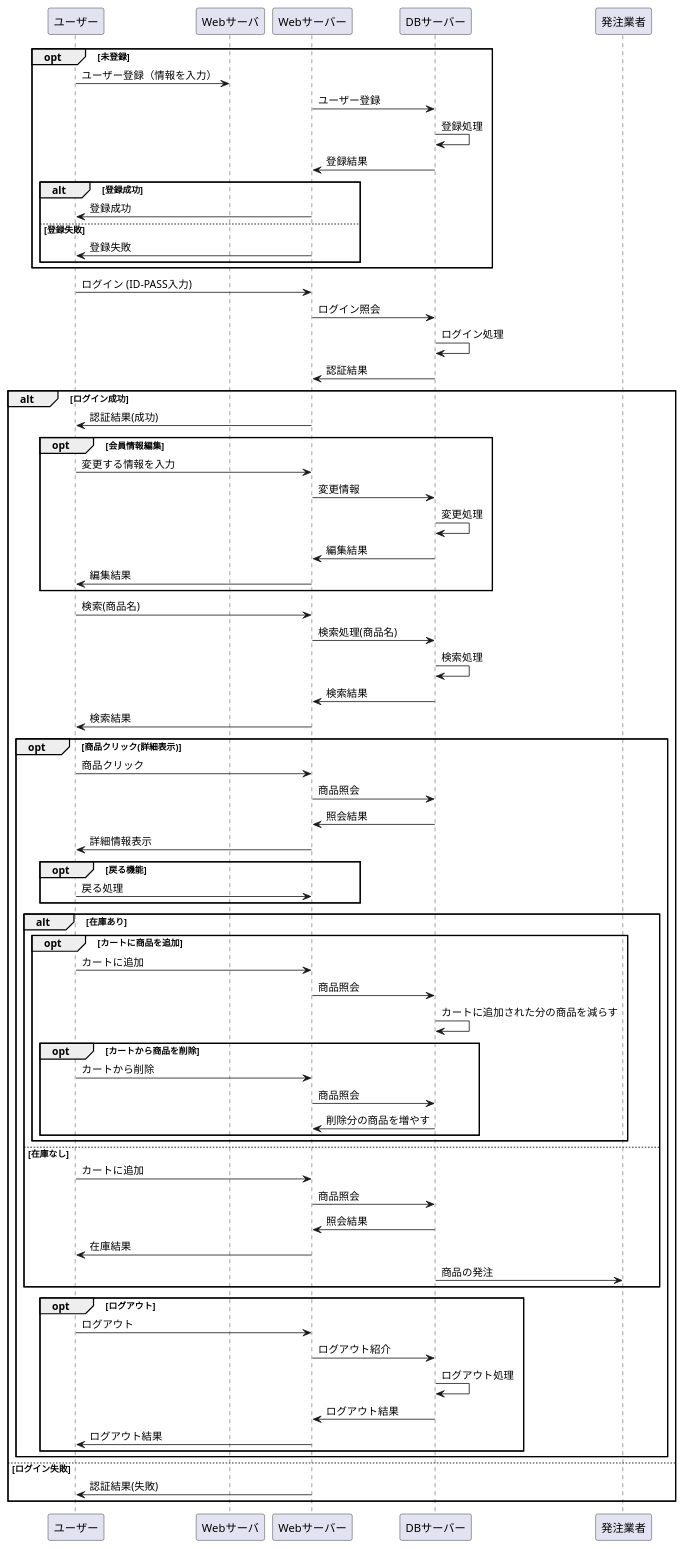
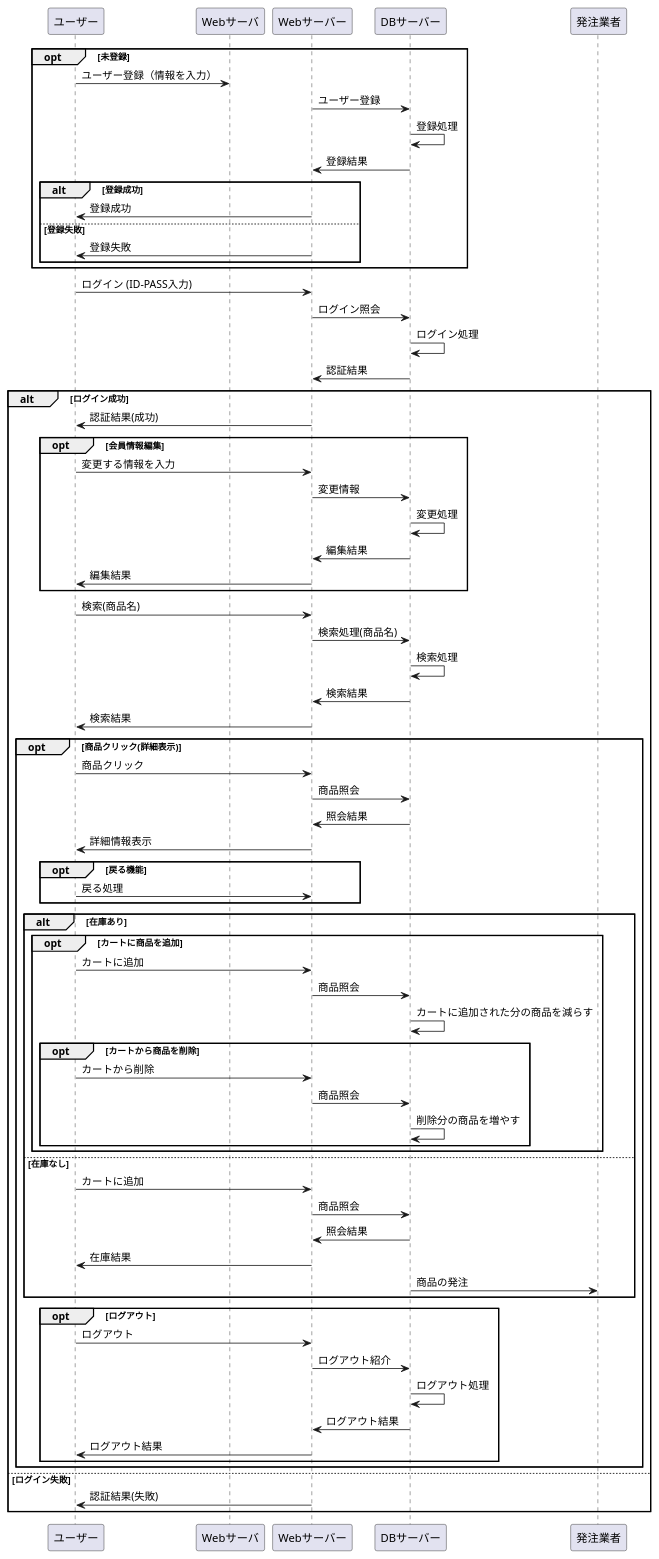
One commit to Aso2001001/2021sys-design changed the diagram in src/md/02業務フロー.md. Above: the diagram before and after it, drawn with PlantUML.

````diff
--- a/src/md/02業務フロー.md
+++ b/src/md/02業務フロー.md
@@ -1,82 +1,82 @@
 ```uml
 @startuml
 opt 未登録
 ユーザー -> Webサーバ : ユーザー登録（情報を入力）
 Webサーバー -> DBサーバー : ユーザー登録
 DBサーバー -> DBサーバー : 登録処理
 DBサーバー -> Webサーバー : 登録結果
 
 alt 登録成功
 Webサーバー -> ユーザー : 登録成功
 else 登録失敗
 Webサーバー -> ユーザー : 登録失敗
 end
 end
 
 ユーザー -> Webサーバー : ログイン (ID-PASS入力)
 Webサーバー -> DBサーバー : ログイン照会
 DBサーバー -> DBサーバー : ログイン処理
 DBサーバー -> Webサーバー : 認証結果
 
 alt ログイン成功
 Webサーバー -> ユーザー : 認証結果(成功)
 
 opt 会員情報編集
 ユーザー -> Webサーバー : 変更する情報を入力
 Webサーバー -> DBサーバー : 変更情報
 DBサーバー -> DBサーバー : 変更処理
 DBサーバー -> Webサーバー : 編集結果
 Webサーバー -> ユーザー : 編集結果
 end
 
 ユーザー -> Webサーバー : 検索(商品名)
 Webサーバー -> DBサーバー : 検索処理(商品名)
 DBサーバー -> DBサーバー : 検索処理
 DBサーバー -> Webサーバー : 検索結果
 Webサーバー -> ユーザー : 検索結果
 
 opt 商品クリック(詳細表示)
 ユーザー -> Webサーバー : 商品クリック
 Webサーバー -> DBサーバー : 商品照会
 DBサーバー -> Webサーバー : 照会結果
 Webサーバー -> ユーザー : 詳細情報表示
 
 opt 戻る機能
 ユーザー -> Webサーバー : 戻る処理
 end
 
 alt 在庫あり
 opt カートに商品を追加
 ユーザー -> Webサーバー : カートに追加
 Webサーバー -> DBサーバー : 商品照会
 DBサーバー -> DBサーバー : カートに追加された分の商品を減らす
 opt カートから商品を削除
 ユーザー -> Webサーバー : カートから削除
 Webサーバー -> DBサーバー : 商品照会
-DBサーバー -> Webサーバー : 削除分の商品を増やす
+DBサーバー -> DBサーバー : 削除分の商品を増やす
 end
 end
 
 else 在庫なし
 ユーザー -> Webサーバー : カートに追加
 Webサーバー -> DBサーバー : 商品照会
 DBサーバー -> Webサーバー : 照会結果
 Webサーバー -> ユーザー : 在庫結果
 DBサーバー -> 発注業者 : 商品の発注
 end
 
 opt ログアウト
 ユーザー -> Webサーバー :ログアウト
 Webサーバー -> DBサーバー : ログアウト紹介
 DBサーバー -> DBサーバー : ログアウト処理
 DBサーバー -> Webサーバー : ログアウト結果
 Webサーバー -> ユーザー : ログアウト結果
 end
 end
 
 else ログイン失敗
 Webサーバー -> ユーザー : 認証結果(失敗)
 end
 
 @enduml
 ```
````
